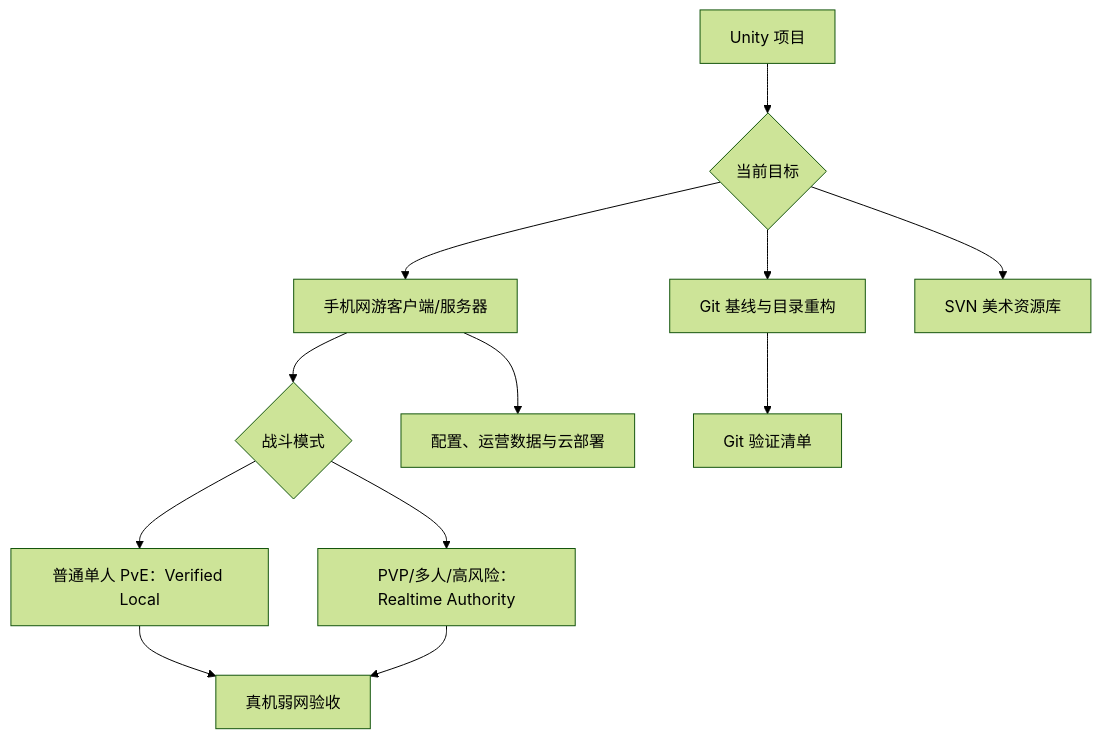
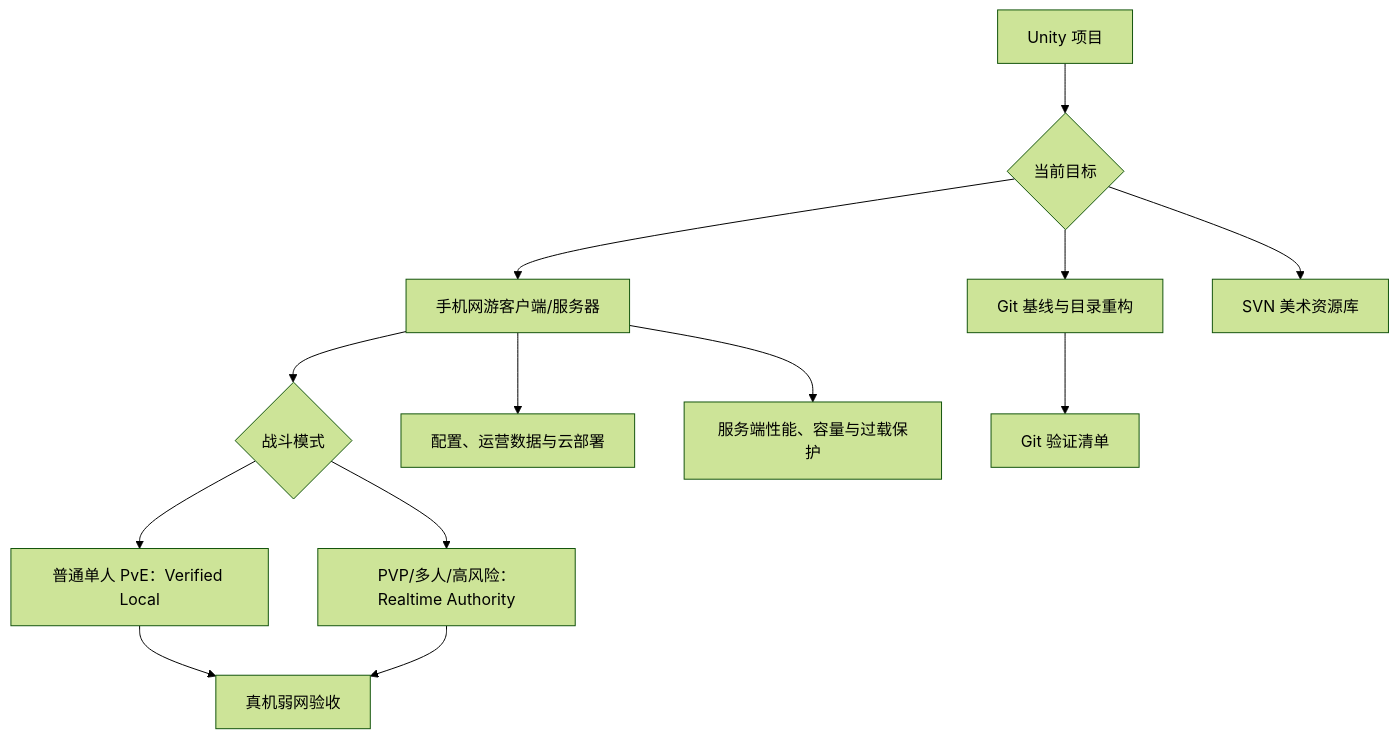
One commit to w952622941/UnityGameSkill changed the diagram in docs/index.md. Above: the diagram before and after it, drawn with Mermaid (forest theme). The commit also changed other lines of this file and 5 other files, not shown here.

````diff
--- a/docs/index.md
+++ b/docs/index.md
@@ -7,14 +7,15 @@
 ```mermaid
 flowchart TD
   A["Unity 项目"] --> B{"当前目标"}
   B --> G["Git 基线与目录重构"]
   B --> N["手机网游客户端/服务器"]
   B --> S["SVN 美术资源库"]
   N --> M{"战斗模式"}
   M --> V["普通单人 PvE：Verified Local"]
   M --> R["PVP/多人/高风险：Realtime Authority"]
   N --> D["配置、运营数据与云部署"]
+  N --> P["服务端性能、容量与过载保护"]
   G --> GC["Git 验证清单"]
   V --> NC["真机弱网验收"]
   R --> NC
 ```
````
